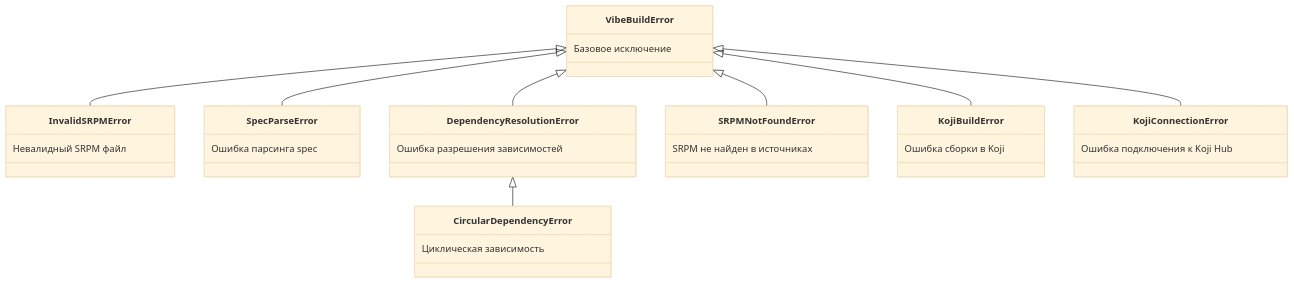
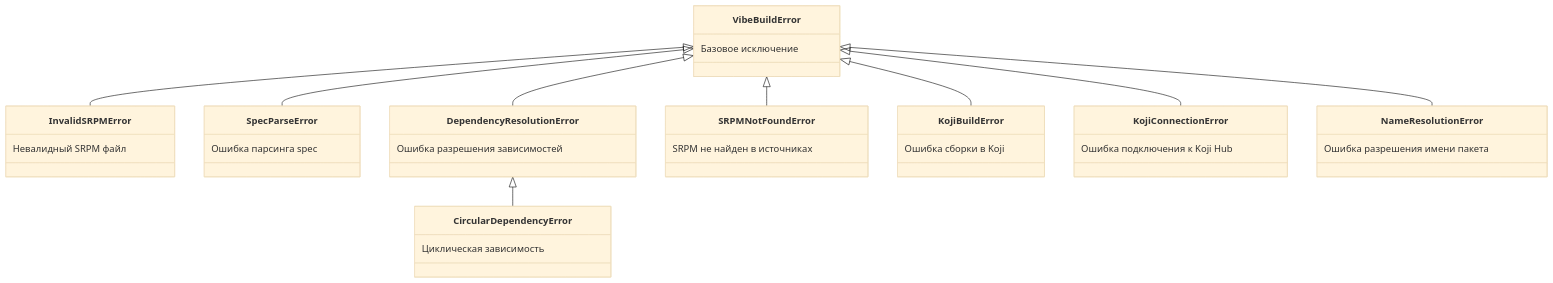
One commit to ssokkol/koji-vibebuild changed diagram 16 of 17 in docs/PROJECT_OVERVIEW.md. Above: the diagram before and after it, drawn with Mermaid (base theme). The commit also changed other lines of this file and 6 other files, not shown here.

First line of the commit message:
feat(docs): enhance documentation for ML-based package name resolution

````diff
--- a/docs/PROJECT_OVERVIEW.md
+++ b/docs/PROJECT_OVERVIEW.md
@@ -489,35 +625,39 @@
 ```mermaid
 classDiagram
     class VibeBuildError {
         Базовое исключение
     }
     class InvalidSRPMError {
         Невалидный SRPM файл
     }
     class SpecParseError {
         Ошибка парсинга spec
     }
     class DependencyResolutionError {
         Ошибка разрешения зависимостей
     }
     class CircularDependencyError {
         Циклическая зависимость
     }
     class SRPMNotFoundError {
         SRPM не найден в источниках
     }
     class KojiBuildError {
         Ошибка сборки в Koji
     }
     class KojiConnectionError {
         Ошибка подключения к Koji Hub
     }
+    class NameResolutionError {
+        Ошибка разрешения имени пакета
+    }
 
     VibeBuildError <|-- InvalidSRPMError
     VibeBuildError <|-- SpecParseError
     VibeBuildError <|-- DependencyResolutionError
     DependencyResolutionError <|-- CircularDependencyError
     VibeBuildError <|-- SRPMNotFoundError
     VibeBuildError <|-- KojiBuildError
     VibeBuildError <|-- KojiConnectionError
+    VibeBuildError <|-- NameResolutionError
 ```
````
